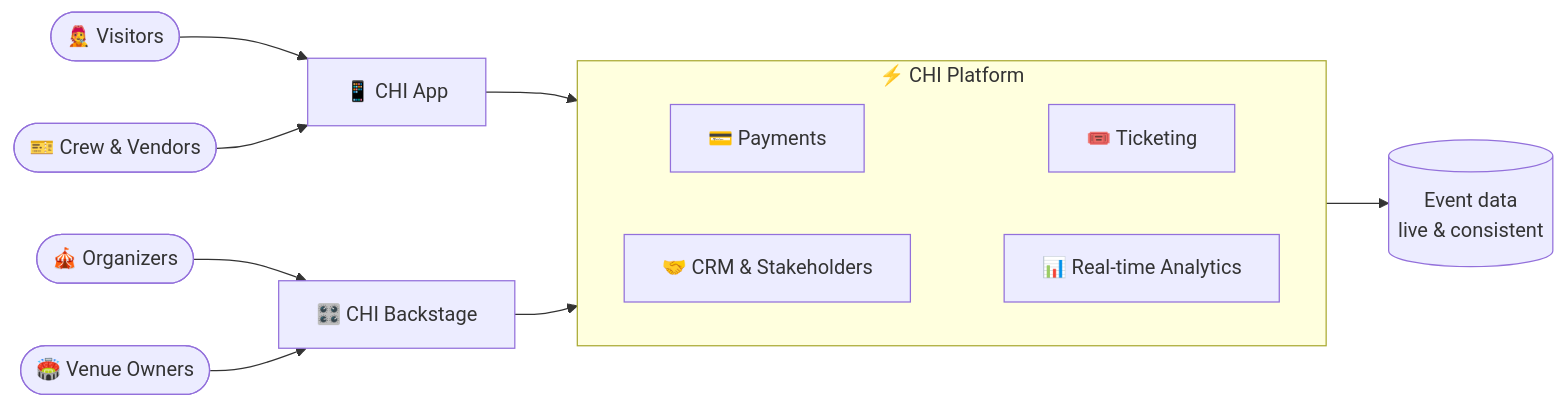
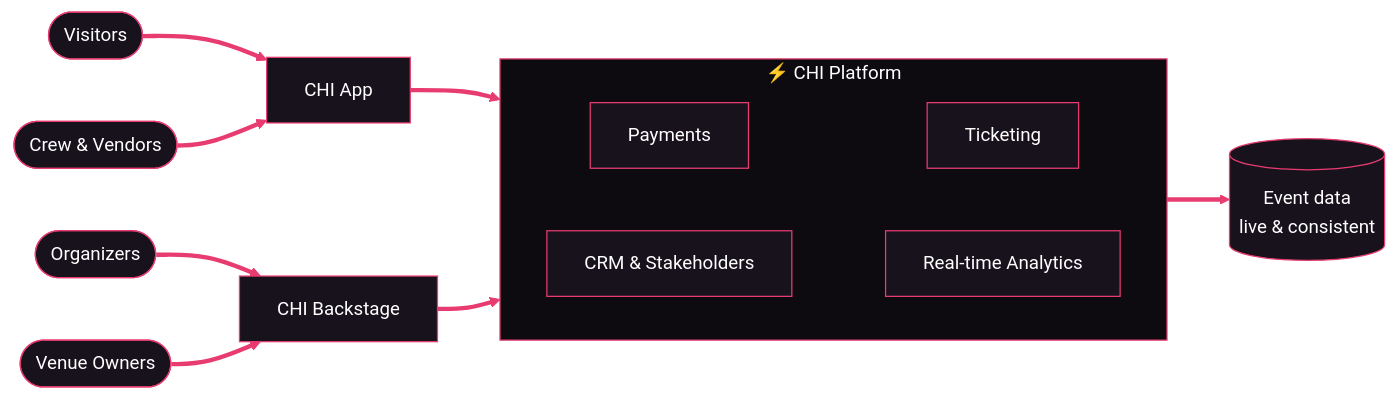
Before and after one commit to CHI-Ecosystem/.github: the second of 2 diagrams in profile/README.md, drawn with Mermaid.

Commit message:
docs: restyle ecosystem diagram with CHI pink theme

````diff
--- a/profile/README.md
+++ b/profile/README.md
@@ -82,18 +82,19 @@
 ```mermaid
+%%{init: {'theme':'base','themeVariables':{'primaryColor':'#18121d','primaryTextColor':'#ffffff','primaryBorderColor':'#E83C70','lineColor':'#E83C70','clusterBkg':'#0d0a10','clusterBorder':'#E83C70','titleColor':'#ffffff','fontSize':'15px','tertiaryColor':'#0d0a10','edgeLabelBackground':'#18121d'}}}%%
 flowchart LR
-    V([🧑‍🎤 Visitors]) --> APP[📱 CHI App]
-    C([🎫 Crew & Vendors]) --> APP
-    O([🎪 Organizers]) --> BS[🎛️ CHI Backstage]
-    VO([🏟️ Venue Owners]) --> BS
+    V(["Visitors"]) ==> APP["CHI App"]
+    C(["Crew & Vendors"]) ==> APP
+    O(["Organizers"]) ==> BS["CHI Backstage"]
+    VO(["Venue Owners"]) ==> BS
 
-    APP --> CORE
-    BS --> CORE
+    APP ==> CORE
+    BS ==> CORE
 
-    subgraph CORE[⚡ CHI Platform]
+    subgraph CORE["⚡ CHI Platform"]
         direction LR
-        PAY[💳 Payments] ~~~ TIX[🎟️ Ticketing]
-        CRM[🤝 CRM & Stakeholders] ~~~ AN[📊 Real-time Analytics]
+        PAY["Payments"] ~~~ TIX["Ticketing"]
+        CRM["CRM & Stakeholders"] ~~~ AN["Real-time Analytics"]
     end
 
-    CORE --> D[("Event data<br/>live & consistent")]
+    CORE ==> D[("Event data<br/>live & consistent")]
 ```
````
